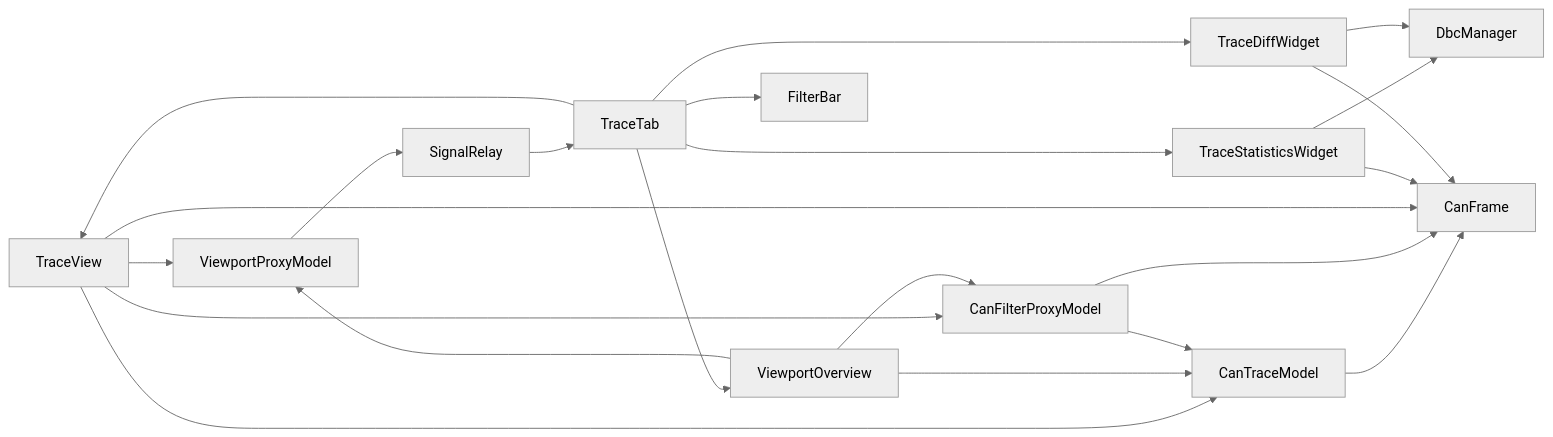
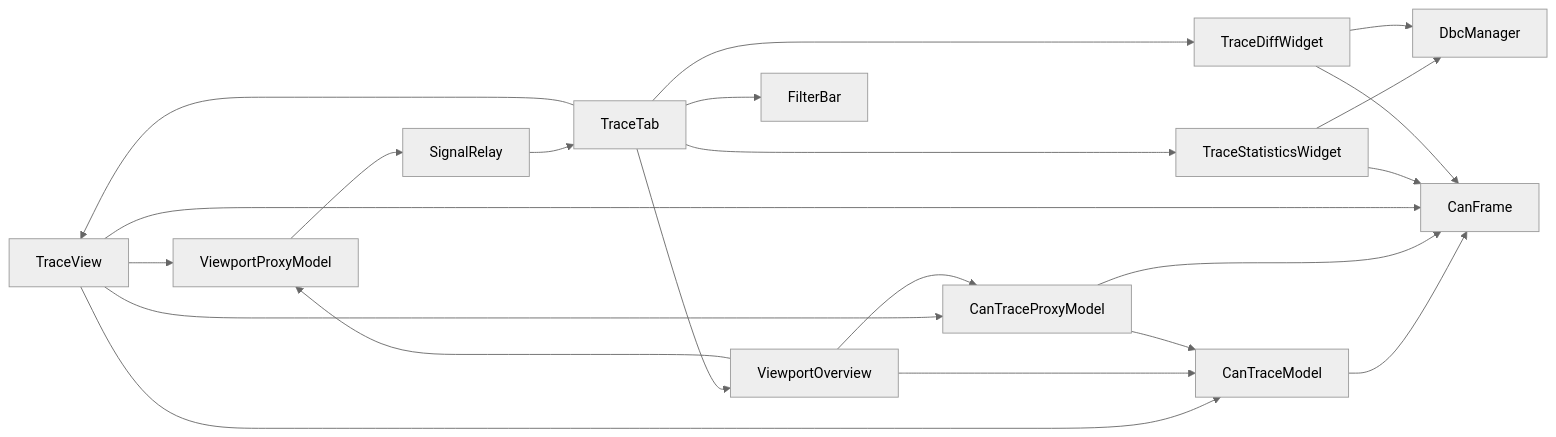
Before and after one commit to jakecai1225-design/OpenBus: the tenth of 10 diagrams in .qoder/repowiki/zh/content/架构设计/UI系统设计/跟踪视图视口概览.md, drawn with Mermaid (neutral theme). The commit also changed other lines of this file and 10 other files, not shown here.

Commit message:
flow指示灯，模拟器开关

````diff
--- a/.qoder/repowiki/zh/content/架构设计/UI系统设计/跟踪视图视口概览.md
+++ b/.qoder/repowiki/zh/content/架构设计/UI系统设计/跟踪视图视口概览.md
@@ -454,24 +456,24 @@
 ```mermaid
 graph LR
 TV["TraceView"] --> VPM["ViewportProxyModel"]
-TV --> CFPM["CanFilterProxyModel"]
+TV --> CTPM["CanTraceProxyModel"]
 TV --> CTM["CanTraceModel"]
 VO["ViewportOverview"] --> VPM
-VO --> CFPM
+VO --> CTPM
 VO --> CTM
 TSW["TraceStatisticsWidget"] --> DM["DbcManager"]
 TDW["TraceDiffWidget"] --> DM
 VPM --> SR["SignalRelay"]
 SR --> TT["TraceTab"]
 TT --> TV
 TT --> VO
 TT --> TSW
 TT --> TDW
 TT --> FB["FilterBar"]
-CFPM --> CTM
+CTPM --> CTM
 CTM --> CF["CanFrame"]
-CFPM --> CF
+CTPM --> CF
 TV --> CF
 TSW --> CF
 TDW --> CF
 ```
````
